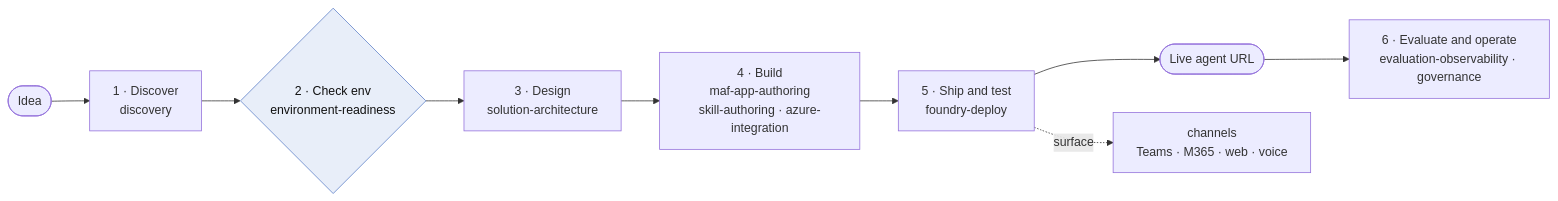
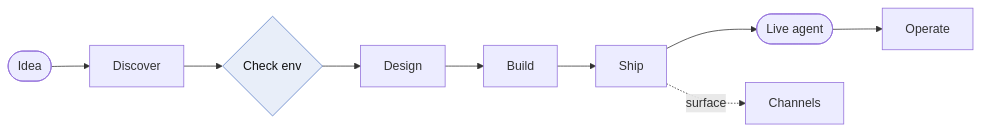
Before and after one commit to hamza-roujdami/agent-factory-starter: the first of 2 diagrams in README.md, drawn with Mermaid. The commit also changed other lines of this file, not shown here.

Commit message:
docs: simplify mermaid labels

````diff
--- a/README.md
+++ b/README.md
@@ -28,14 +28,14 @@
 ```mermaid
 flowchart LR
-    idea([Idea]) --> D[1 · Discover<br/>discovery]
-    D --> C{2 · Check env<br/>environment-readiness}
-    C --> DES[3 · Design<br/>solution-architecture]
-    DES --> B[4 · Build<br/>maf-app-authoring<br/>skill-authoring · azure-integration]
-    B --> S[5 · Ship and test<br/>foundry-deploy]
-    S --> live([Live agent URL])
-    live --> O[6 · Evaluate and operate<br/>evaluation-observability · governance]
-    S -. surface .-> CH[channels<br/>Teams · M365 · web · voice]
+    idea([Idea]) --> D[Discover]
+    D --> C{Check env}
+    C --> DES[Design]
+    DES --> B[Build]
+    B --> S[Ship]
+    S --> live([Live agent])
+    live --> O[Operate]
+    S -. surface .-> CH[Channels]
 
     classDef gate fill:#e8eef9,stroke:#5b7fc7,color:#111;
     class C gate;
 ```
````
